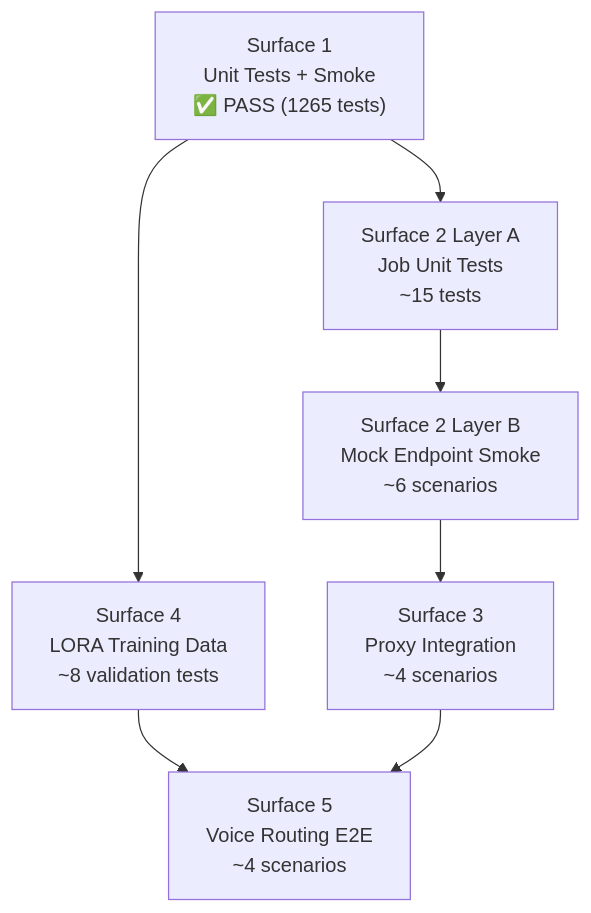
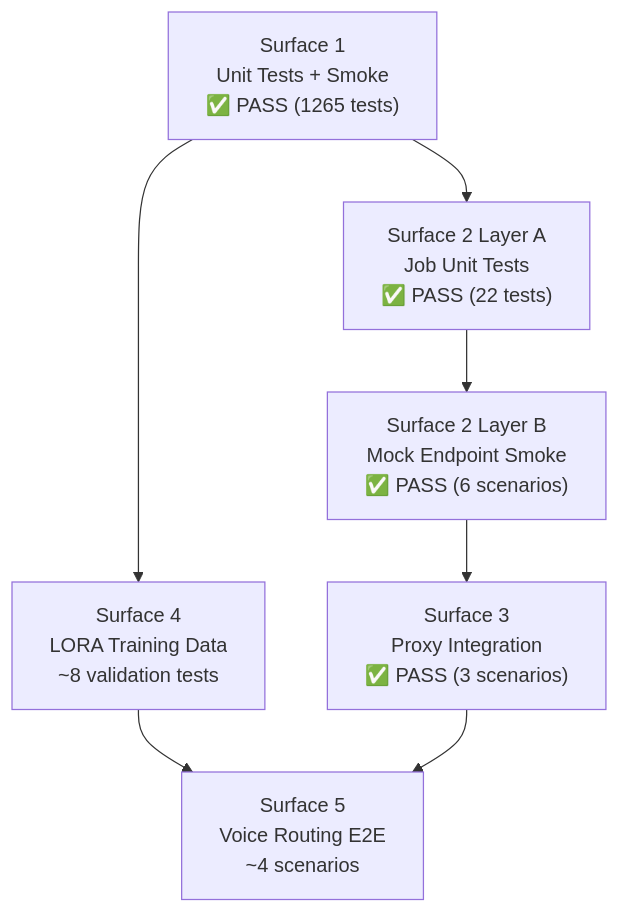
Before and after one commit to deepily/lupin: the first of 2 diagrams in src/rnd/2026.02.13-claude-code-agentic-dev-team/04-surfaces-2-5-testing-design.md, drawn with Mermaid. The commit also changed other lines of this file and 13 other files, not shown here.

````diff
--- a/src/rnd/2026.02.13-claude-code-agentic-dev-team/04-surfaces-2-5-testing-design.md
+++ b/src/rnd/2026.02.13-claude-code-agentic-dev-team/04-surfaces-2-5-testing-design.md
@@ -27,16 +27,16 @@
 ```mermaid
 flowchart TD
     S1["Surface 1<br/>Unit Tests + Smoke<br/>✅ PASS (1265 tests)"]
-    S2A["Surface 2 Layer A<br/>Job Unit Tests<br/>~15 tests"]
-    S2B["Surface 2 Layer B<br/>Mock Endpoint Smoke<br/>~6 scenarios"]
-    S3["Surface 3<br/>Proxy Integration<br/>~4 scenarios"]
+    S2A["Surface 2 Layer A<br/>Job Unit Tests<br/>✅ PASS (22 tests)"]
+    S2B["Surface 2 Layer B<br/>Mock Endpoint Smoke<br/>✅ PASS (6 scenarios)"]
+    S3["Surface 3<br/>Proxy Integration<br/>✅ PASS (3 scenarios)"]
     S4["Surface 4<br/>LORA Training Data<br/>~8 validation tests"]
     S5["Surface 5<br/>Voice Routing E2E<br/>~4 scenarios"]
 
     S1 --> S2A
     S2A --> S2B
     S2B --> S3
     S1 --> S4
     S4 --> S5
     S3 --> S5
 ```
````
